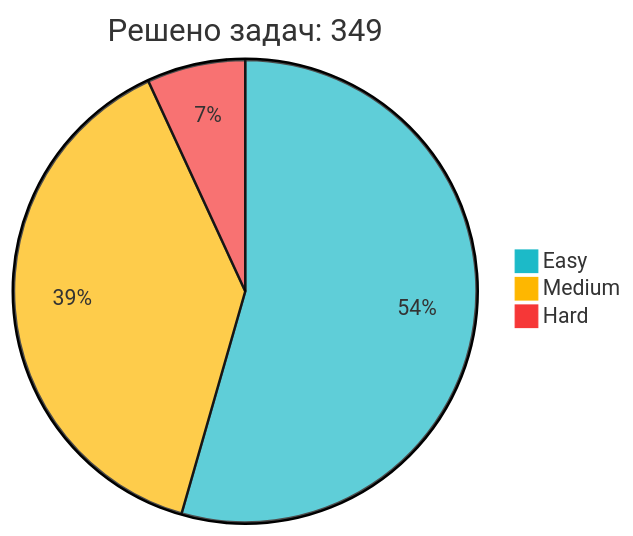
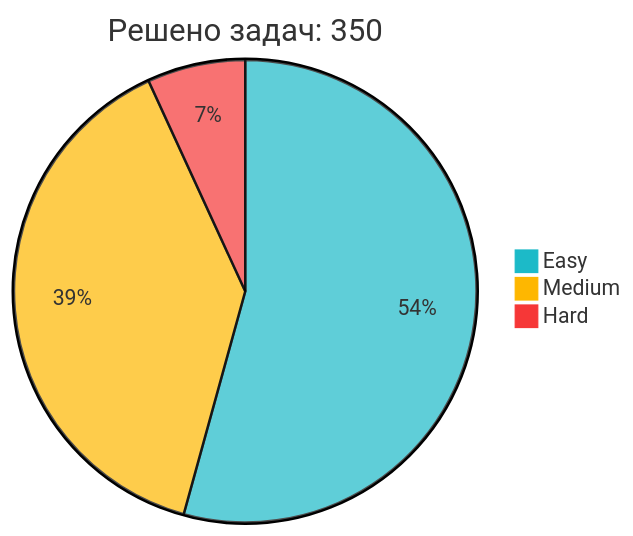
Before and after one commit to IliaKurdukov/IliaKurdukov: the diagram in README.md, drawn with Mermaid. The commit also changed other lines of this file, not shown here.

Commit message:
📈 Обновление статистики LeetCode

````diff
--- a/README.md
+++ b/README.md
@@ -51,7 +51,7 @@
 ```mermaid
 %%{init: {'theme': 'base', 'themeVariables': { 'pie1': '#1CBAC8', 'pie2': '#FEB700', 'pie3': '#F63737' }, 'config': {'width': 300, 'height': 200}}}%%
-pie title Решено задач: 349
+pie title Решено задач: 350
    "Easy" : 190
-   "Medium" : 135
+   "Medium" : 136
    "Hard" : 24
 ```
````
